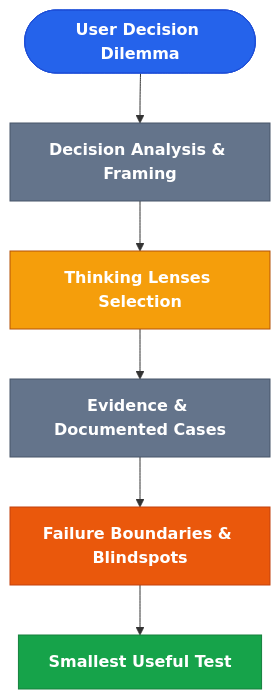
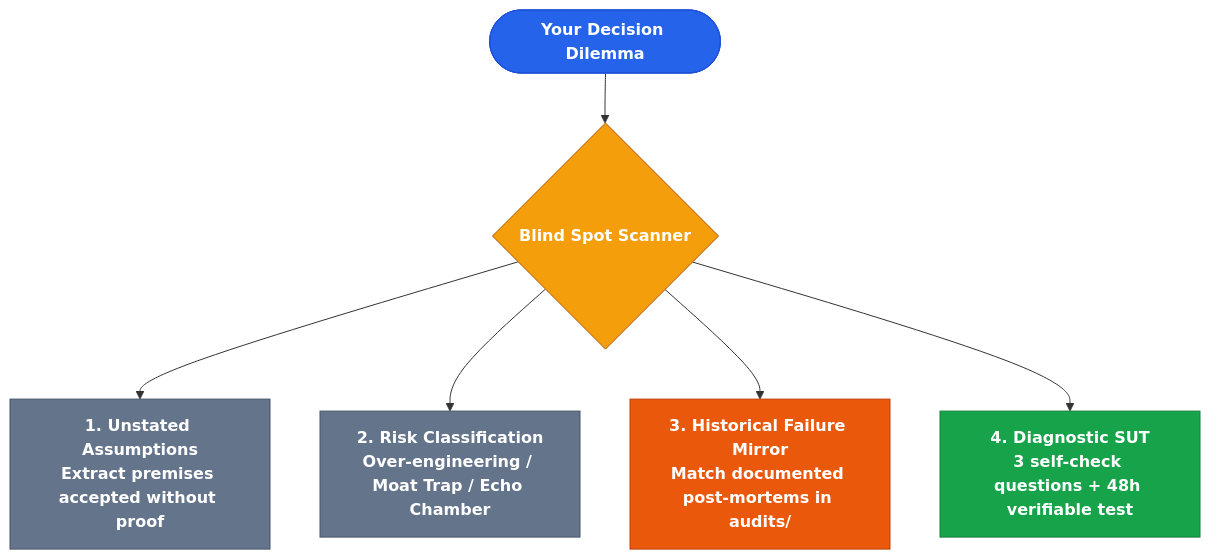
The diagram in README.md (DOTfei/borrowed-brain-pro), drawn with Mermaid before and after one commit. The commit also changed other lines of this file and 6 other files, not shown here.

Commit message:
feat: reposition to Cognitive Blind Spot Detector with empirical failure audits

````diff
--- a/README.md
+++ b/README.md
@@ -66,14 +81,19 @@
 ```mermaid
 flowchart TD
-    Start(["User Decision Dilemma"]):::start --> S1["Decision Analysis & Framing"]:::action
-    S1 --> S2["Thinking Lenses Selection"]:::decision
-    S2 --> S3["Evidence & Documented Cases"]:::action
-    S3 --> S4["Failure Boundaries & Blindspots"]:::warning
-    S4 --> End["Smallest Useful Test"]:::success
+    Dilemma(["Your Decision Dilemma"]):::start --> Scan{"Blind Spot Scanner"}:::decision
+
+    Scan --> S1["1. Unstated Assumptions
+Extract premises accepted without proof"]:::action
+    Scan --> S2["2. Risk Classification
+Over-engineering / Moat Trap / Echo Chamber"]:::action
+    Scan --> S3["3. Historical Failure Mirror
+Match documented post-mortems in audits/"]:::warning
+    Scan --> S4["4. Diagnostic SUT
+3 self-check questions + 48h verifiable test"]:::success
 
     classDef start fill:#2563eb,stroke:#1d4ed8,color:#ffffff,font-weight:bold
     classDef decision fill:#f59e0b,stroke:#b45309,color:#ffffff,font-weight:bold
     classDef action fill:#64748b,stroke:#475569,color:#ffffff,font-weight:bold
     classDef warning fill:#ea580c,stroke:#c2410c,color:#ffffff,font-weight:bold
     classDef success fill:#16a34a,stroke:#15803d,color:#ffffff,font-weight:bold
 ```
````
